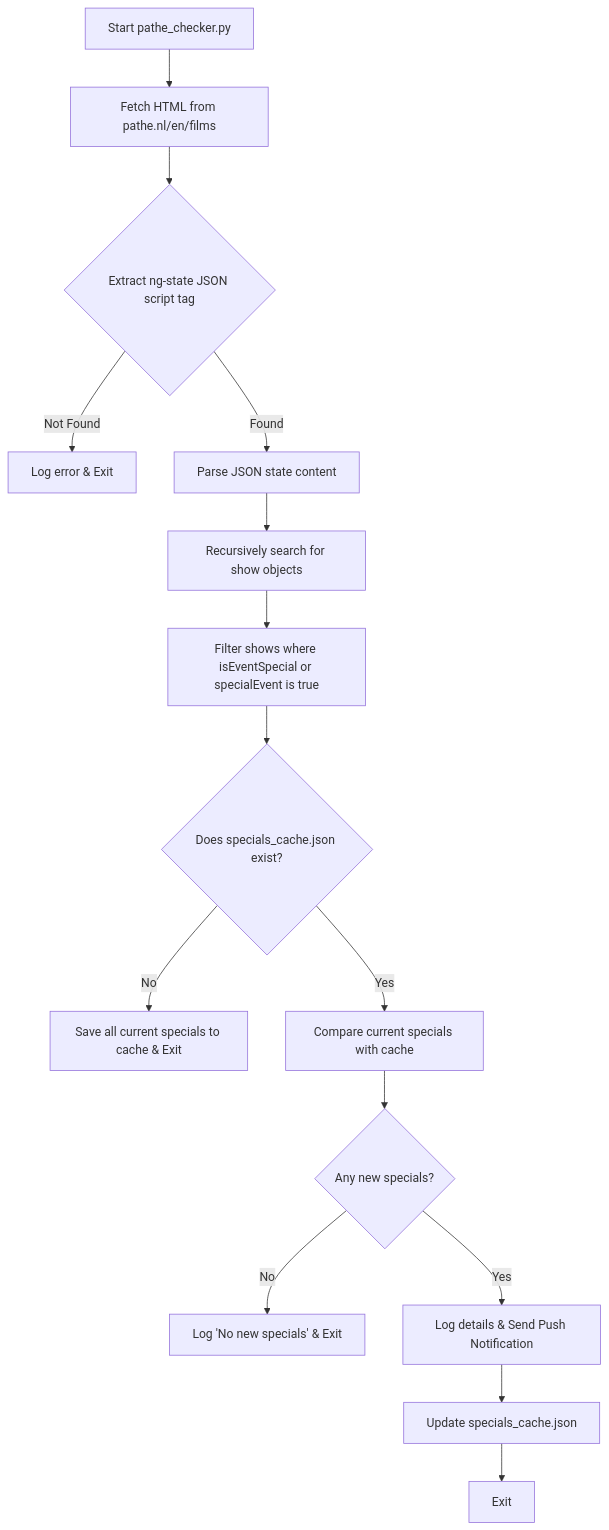
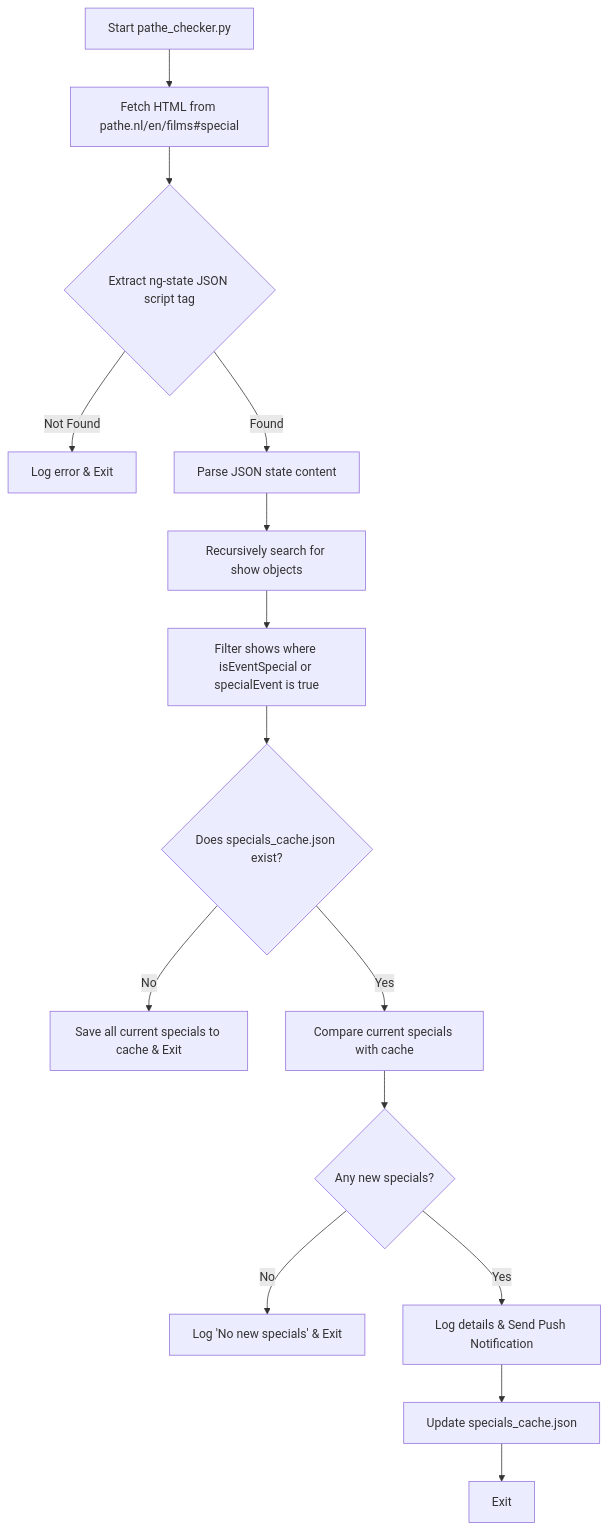
Before and after one commit to cyberelfo/pathe: the diagram in README.md, drawn with Mermaid. The commit also changed other lines of this file and 2 other files, not shown here.

Commit message:
feat: update scraping target to Pathé specials page and sync local cache data

````diff
--- a/README.md
+++ b/README.md
@@ -51,17 +51,17 @@
 ```mermaid
 graph TD
-    A[Start pathe_checker.py] --> B[Fetch HTML from pathe.nl/en/films]
+    A[Start pathe_checker.py] --> B[Fetch HTML from pathe.nl/en/films#special]
     B --> C{Extract ng-state JSON script tag}
     C -->|Not Found| D[Log error & Exit]
     C -->|Found| E[Parse JSON state content]
     E --> F[Recursively search for show objects]
     F --> G[Filter shows where isEventSpecial or specialEvent is true]
     G --> H{Does specials_cache.json exist?}
     H -->|No| I[Save all current specials to cache & Exit]
     H -->|Yes| J[Compare current specials with cache]
     J --> K{Any new specials?}
     K -->|No| L[Log 'No new specials' & Exit]
     K -->|Yes| M[Log details & Send Push Notification]
     M --> N[Update specials_cache.json]
     N --> O[Exit]
 ```
````
